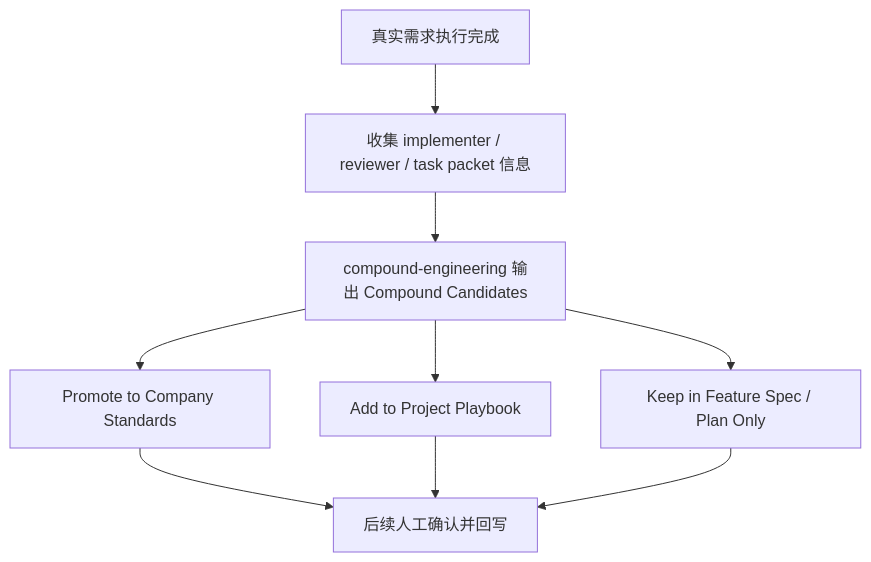
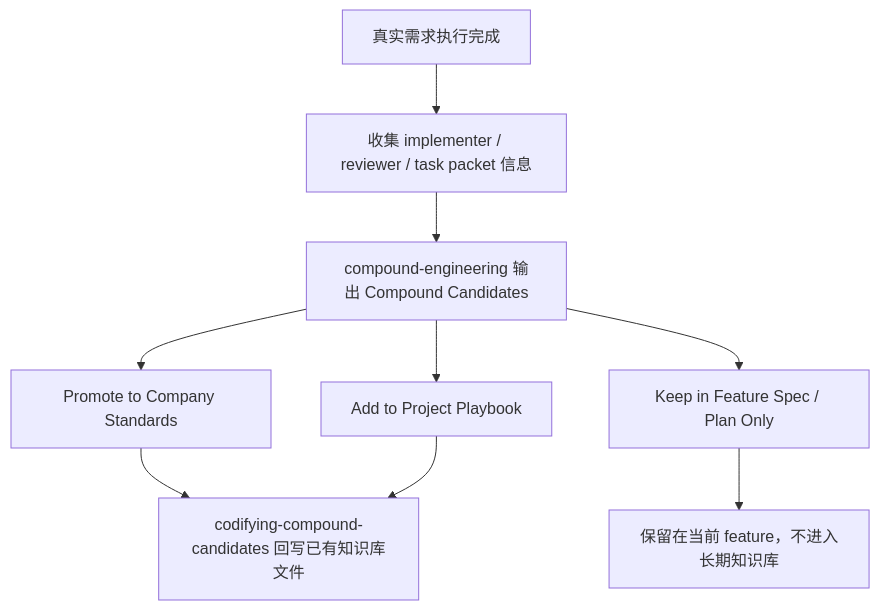
The fifth of 7 diagrams in WORKFLOW-MINDMAP.md (YWJ-hy/superpowers2), drawn with Mermaid before and after one commit. The commit also changed other lines of this file and 8 other files, not shown here.

Commit message:
docs: document worktree linking and codification flow

````diff
--- a/WORKFLOW-MINDMAP.md
+++ b/WORKFLOW-MINDMAP.md
@@ -320,11 +341,11 @@
 ```mermaid
 flowchart TD
     A[真实需求执行完成] --> B[收集 implementer / reviewer / task packet 信息]
     B --> C[compound-engineering 输出 Compound Candidates]
     C --> D[Promote to Company Standards]
     C --> E[Add to Project Playbook]
     C --> F[Keep in Feature Spec / Plan Only]
-    D --> G[后续人工确认并回写]
+    D --> G[codifying-compound-candidates 回写已有知识库文件]
     E --> G
-    F --> G
+    F --> H[保留在当前 feature，不进入长期知识库]
 ```
````
